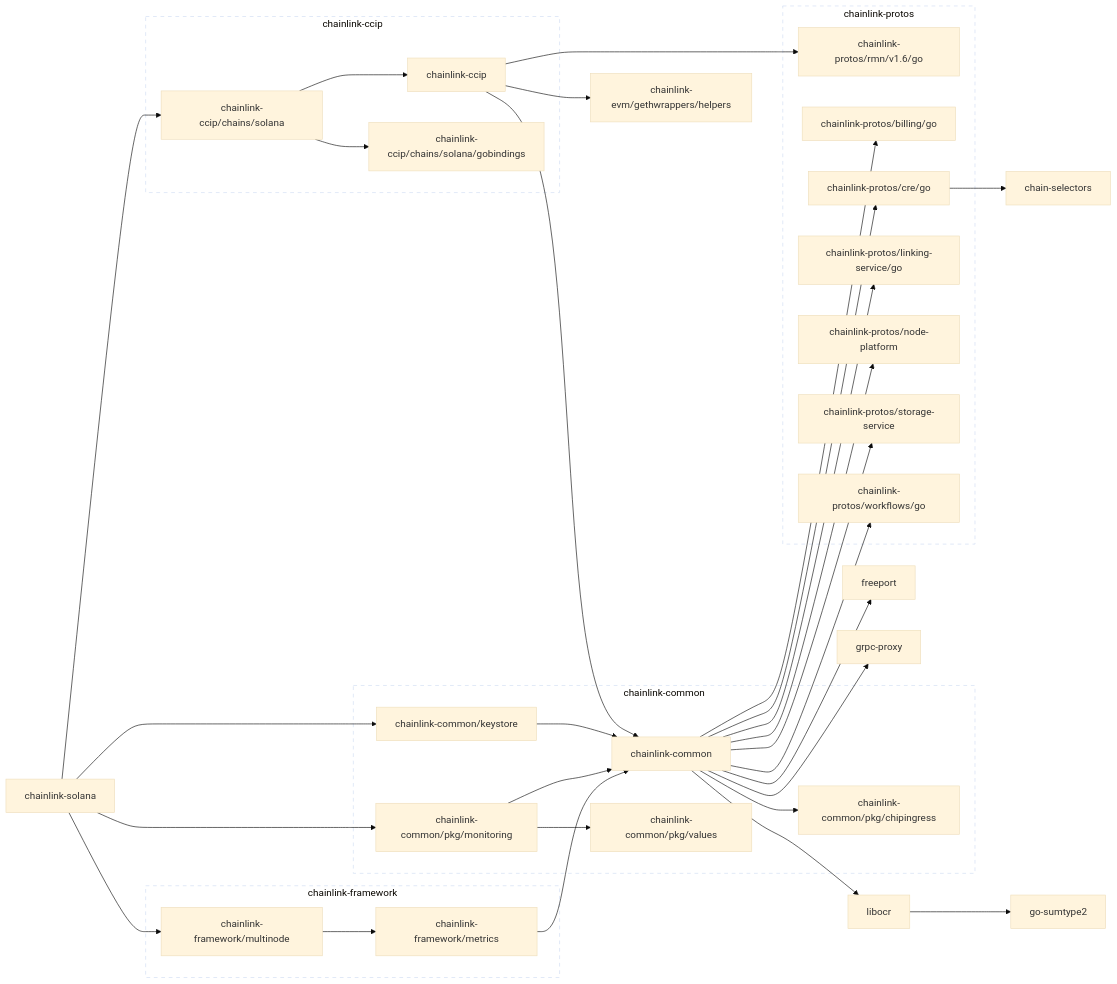
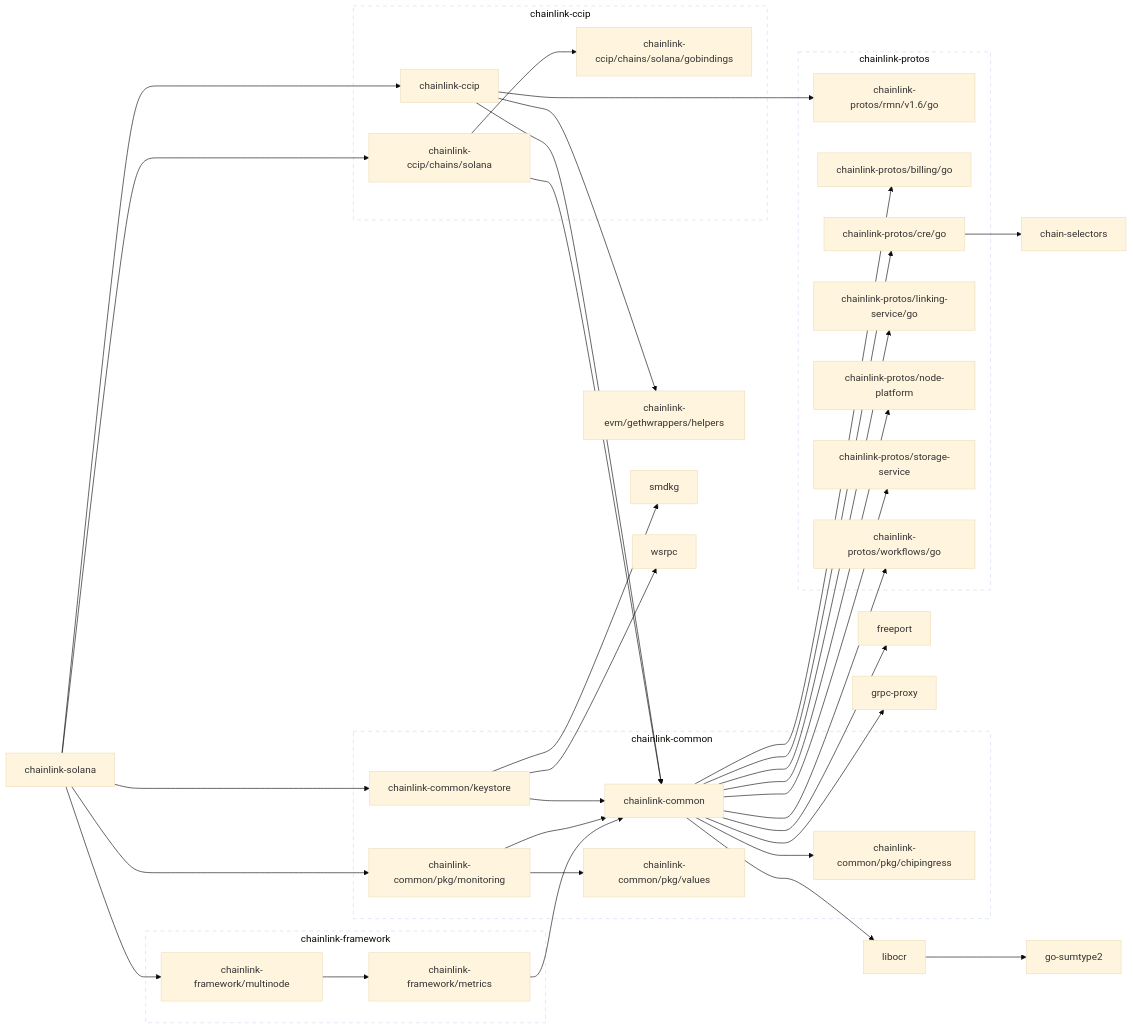
Before and after one commit to smartcontractkit/chainlink-solana: the first of 2 diagrams in go.md, drawn with Mermaid (base theme). The commit also changed other lines of this file, not shown here.

Commit message:
make generate

```diff
--- a/go.md
+++ b/go.md
@@ -9,8 +9,8 @@
 	chainlink-ccip --> chainlink-evm/gethwrappers/helpers
 	chainlink-ccip --> chainlink-protos/rmn/v1.6/go
 	click chainlink-ccip href "https://github.com/smartcontractkit/chainlink-ccip"
-	chainlink-ccip/chains/solana --> chainlink-ccip
 	chainlink-ccip/chains/solana --> chainlink-ccip/chains/solana/gobindings
+	chainlink-ccip/chains/solana --> chainlink-common
 	click chainlink-ccip/chains/solana href "https://github.com/smartcontractkit/chainlink-ccip"
 	chainlink-ccip/chains/solana/gobindings
 	click chainlink-ccip/chains/solana/gobindings href "https://github.com/smartcontractkit/chainlink-ccip"
@@ -26,6 +26,8 @@
 	chainlink-common --> libocr
 	click chainlink-common href "https://github.com/smartcontractkit/chainlink-common"
 	chainlink-common/keystore --> chainlink-common
+	chainlink-common/keystore --> smdkg
+	chainlink-common/keystore --> wsrpc
 	click chainlink-common/keystore href "https://github.com/smartcontractkit/chainlink-common"
 	chainlink-common/pkg/chipingress
 	click chainlink-common/pkg/chipingress href "https://github.com/smartcontractkit/chainlink-common"
@@ -54,6 +56,7 @@
 	click chainlink-protos/storage-service href "https://github.com/smartcontractkit/chainlink-protos"
 	chainlink-protos/workflows/go
 	click chainlink-protos/workflows/go href "https://github.com/smartcontractkit/chainlink-protos"
+	chainlink-solana --> chainlink-ccip
 	chainlink-solana --> chainlink-ccip/chains/solana
 	chainlink-solana --> chainlink-common/keystore
 	chainlink-solana --> chainlink-common/pkg/monitoring
@@ -67,6 +70,10 @@
 	click grpc-proxy href "https://github.com/smartcontractkit/grpc-proxy"
 	libocr --> go-sumtype2
 	click libocr href "https://github.com/smartcontractkit/libocr"
+	smdkg
+	click smdkg href "https://github.com/smartcontractkit/smdkg"
+	wsrpc
+	click wsrpc href "https://github.com/smartcontractkit/wsrpc"
 
 	subgraph chainlink-ccip-repo[chainlink-ccip]
 		 chainlink-ccip
```
